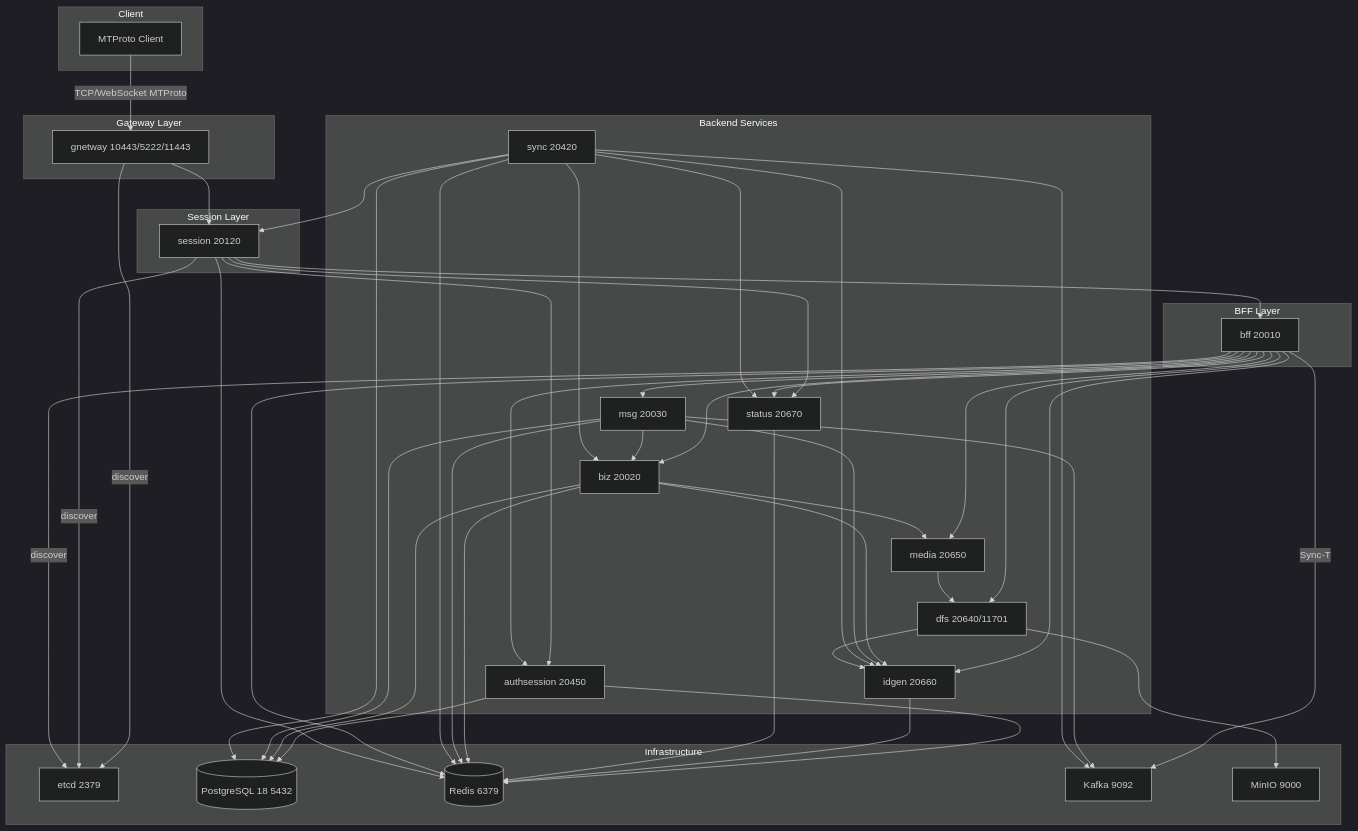
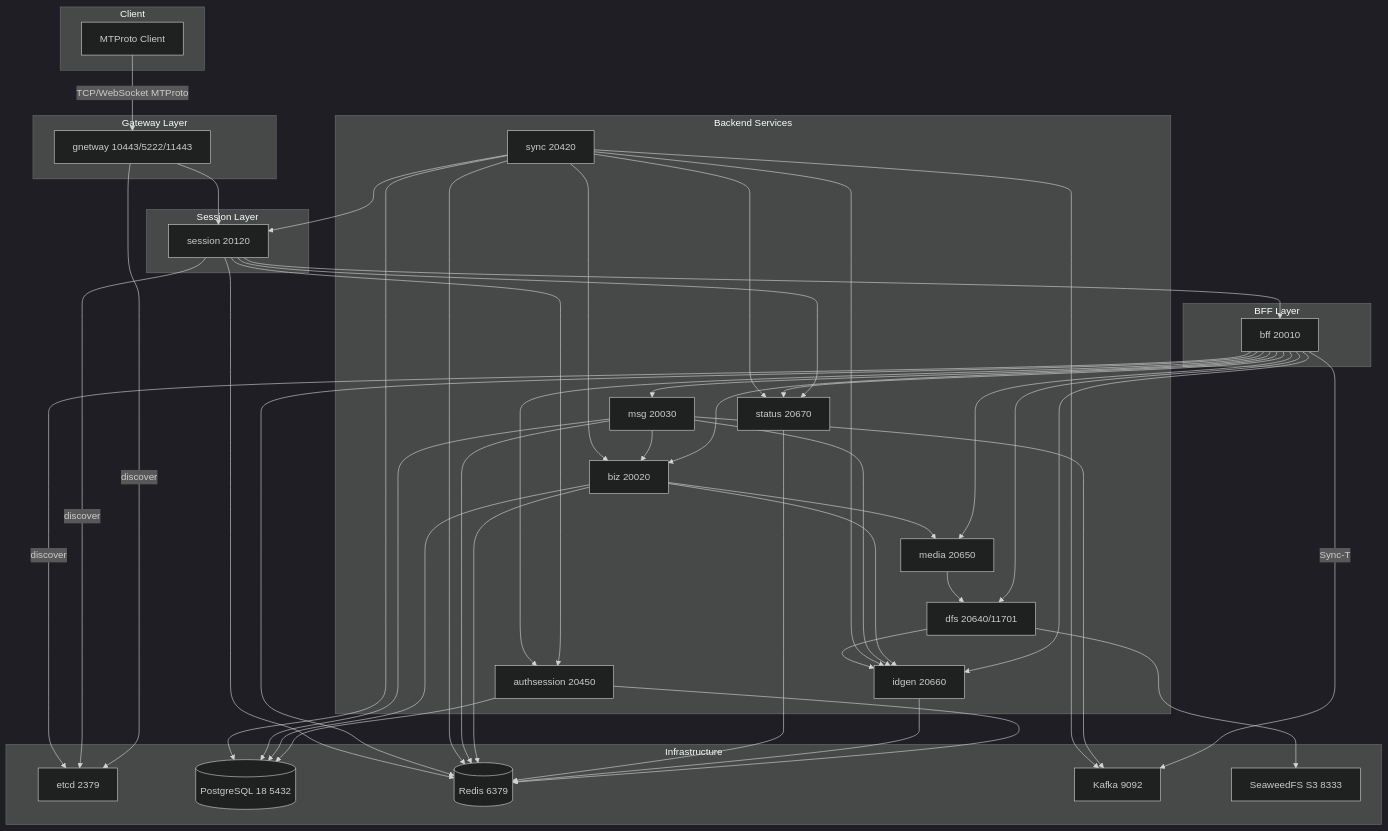
The diagram in docs/service-topology.md (openqj/teamgram-server), drawn with Mermaid (dark theme) before and after one commit. The commit also changed other lines of this file and 57 other files, not shown here.

````diff
--- a/docs/service-topology.md
+++ b/docs/service-topology.md
@@ -84,79 +84,79 @@
 ```mermaid
 flowchart TB
   subgraph client [Client]
     ClientApp[MTProto Client]
   end
 
   subgraph gateway [Gateway Layer]
     Gnetway[gnetway 10443/5222/11443]
   end
 
   subgraph sessionLayer [Session Layer]
     Session[session 20120]
   end
 
   subgraph bffLayer [BFF Layer]
     BFF[bff 20010]
   end
 
   subgraph services [Backend Services]
     Biz[biz 20020]
     Msg[msg 20030]
     Sync[sync 20420]
     AuthSession[authsession 20450]
     Dfs[dfs 20640/11701]
     Media[media 20650]
     Idgen[idgen 20660]
     Status[status 20670]
   end
 
   subgraph infra [Infrastructure]
     Etcd[etcd 2379]
     PostgreSQL[(PostgreSQL 18 5432)]
     Redis[(Redis 6379)]
     Kafka[Kafka 9092]
-    MinIO[MinIO 9000]
+    SeaweedFS[SeaweedFS S3 8333]
   end
 
   ClientApp -->|TCP/WebSocket MTProto| Gnetway
   Gnetway -->|discover| Etcd
   Gnetway --> Session
   Session -->|discover| Etcd
   Session --> AuthSession
   Session --> Status
   Session --> BFF
   BFF -->|discover| Etcd
   BFF --> Biz
   BFF --> AuthSession
   BFF --> Media
   BFF --> Idgen
   BFF --> Msg
   BFF --> Dfs
   BFF --> Status
   BFF -->|Sync-T| Kafka
   Biz --> Media
   Biz --> Idgen
   Msg --> Idgen
   Msg --> Biz
   Msg --> Kafka
   Sync --> Kafka
   Sync --> Idgen
   Sync --> Status
   Sync --> Session
   Sync --> Biz
   Media --> Dfs
   Dfs --> Idgen
-  Dfs --> MinIO
+  Dfs --> SeaweedFS
   AuthSession --> PostgreSQL
   AuthSession --> Redis
   Idgen --> Redis
   Status --> Redis
   Biz --> PostgreSQL
   Biz --> Redis
   Msg --> PostgreSQL
   Msg --> Redis
   Sync --> PostgreSQL
   Sync --> Redis
   BFF --> Redis
   Session --> Redis
 ```
````
